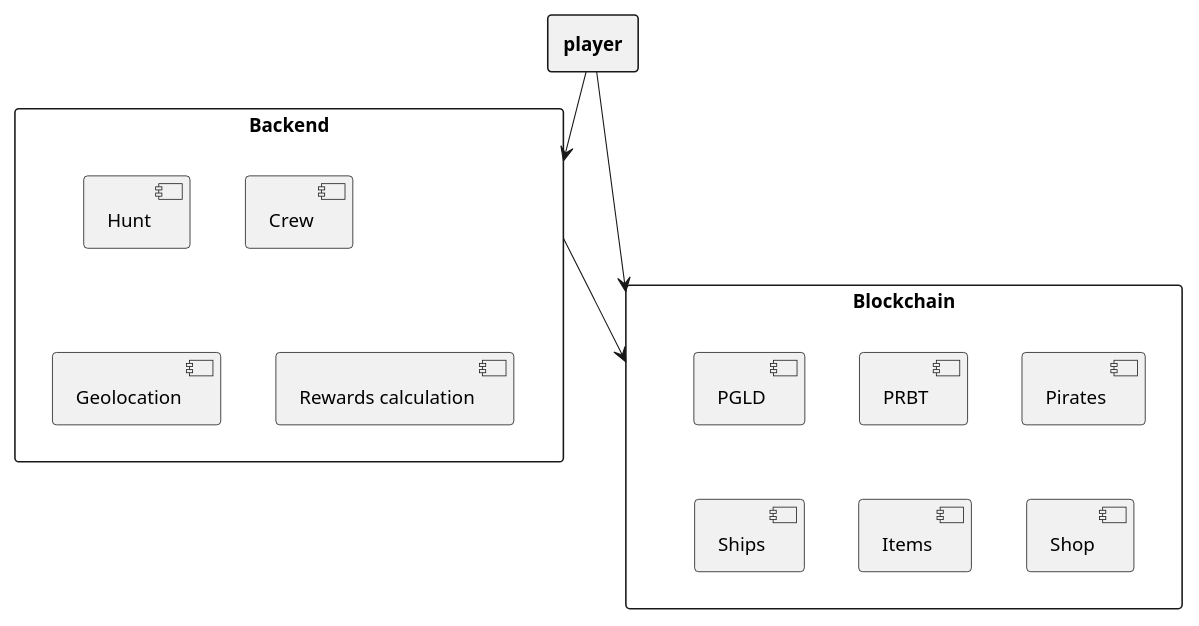
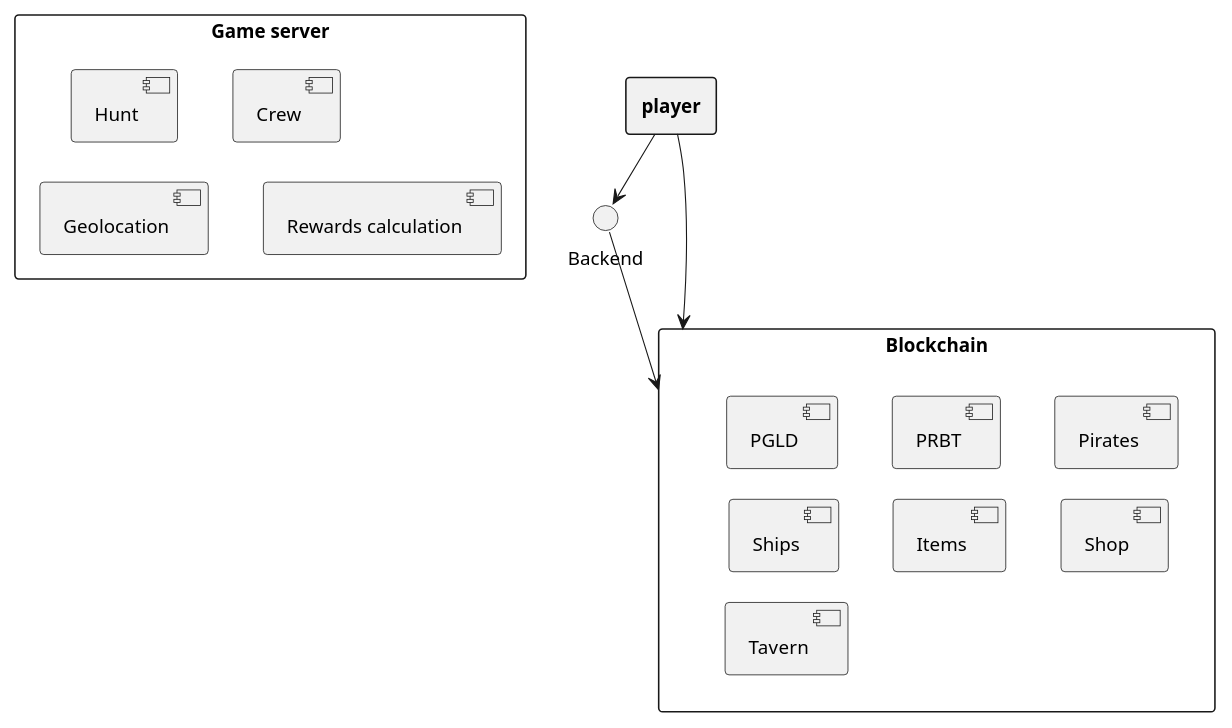
The diagram in docs/tech_architecture/overview.md (TrailsofGold/whitepaper), drawn with PlantUML before and after one commit. The commit also changed other lines of this file and 31 other files, not shown here.

````diff
--- a/docs/tech_architecture/overview.md
+++ b/docs/tech_architecture/overview.md
@@ -7,31 +7,32 @@
 ```plantuml
 skinparam monochrome true
 skinparam ranksep 20
 skinparam dpi 100
 skinparam arrowThickness 0.7
 skinparam packageTitleAlignment center
 skinparam usecaseBorderThickness 0.4
 skinparam defaultFontSize 12
 skinparam rectangleBorderThickness 1
 
-rectangle "Backend" {
+rectangle "Game server" {
   [Hunt]
   [Crew]
   [Geolocation]
   [Rewards calculation]
 }
 rectangle "Blockchain" {
   [PGLD]
   [PRBT]
   [Pirates]
   [Ships]
   [Items]
   [Shop]
+  [Tavern]
 }
 rectangle "<b>player</b>" as Player
 
 Player --> Blockchain
 Player --> Backend
 Backend --> Blockchain
 
 ```
````
